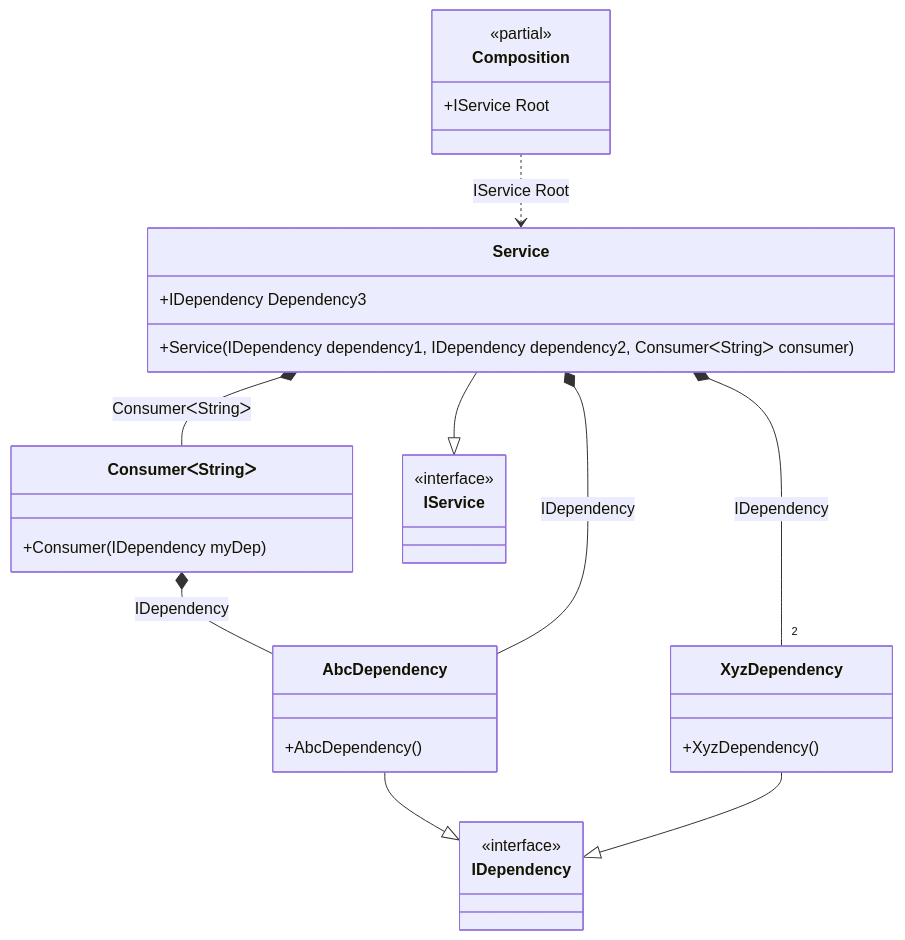
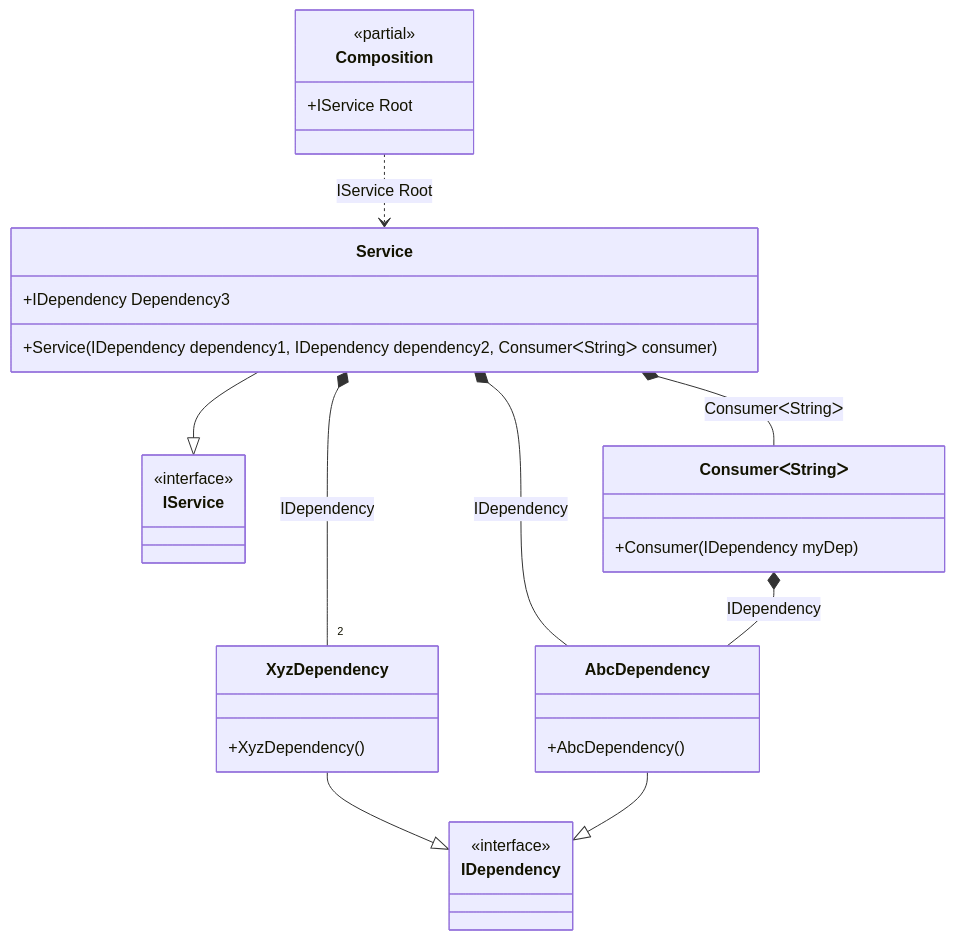
One commit to DevTeam/Pure.DI changed the diagram in readme/tag-on-injection-site-with-wildcards.md. Above: the diagram before and after it, drawn with Mermaid. The commit also changed other lines of this file and 92 other files, not shown here.

````diff
--- a/readme/tag-on-injection-site-with-wildcards.md
+++ b/readme/tag-on-injection-site-with-wildcards.md
@@ -101,34 +101,34 @@
 ```mermaid
 classDiagram
 	class Composition {
 		<<partial>>
 		+IService Root
+	}
+	Service --|> IService
+	class Service {
+		+Service(IDependency dependency1, IDependency dependency2, ConsumerᐸStringᐳ consumer)
+		+IDependency Dependency3
+	}
+	XyzDependency --|> IDependency
+	class XyzDependency {
+		+XyzDependency()
 	}
 	class ConsumerᐸStringᐳ {
 		+Consumer(IDependency myDep)
 	}
 	AbcDependency --|> IDependency
 	class AbcDependency {
 		+AbcDependency()
 	}
-	XyzDependency --|> IDependency
-	class XyzDependency {
-		+XyzDependency()
-	}
-	Service --|> IService
-	class Service {
-		+Service(IDependency dependency1, IDependency dependency2, ConsumerᐸStringᐳ consumer)
-		+IDependency Dependency3
+	class IService {
+		<<interface>>
 	}
 	class IDependency {
 		<<interface>>
 	}
-	class IService {
-		<<interface>>
-	}
-	ConsumerᐸStringᐳ *--  AbcDependency : IDependency
 	Composition ..> Service : IService Root
 	Service *-- "2 " XyzDependency : IDependency
 	Service *--  ConsumerᐸStringᐳ : ConsumerᐸStringᐳ
 	Service *--  AbcDependency : IDependency
+	ConsumerᐸStringᐳ *--  AbcDependency : IDependency
 ```
````
